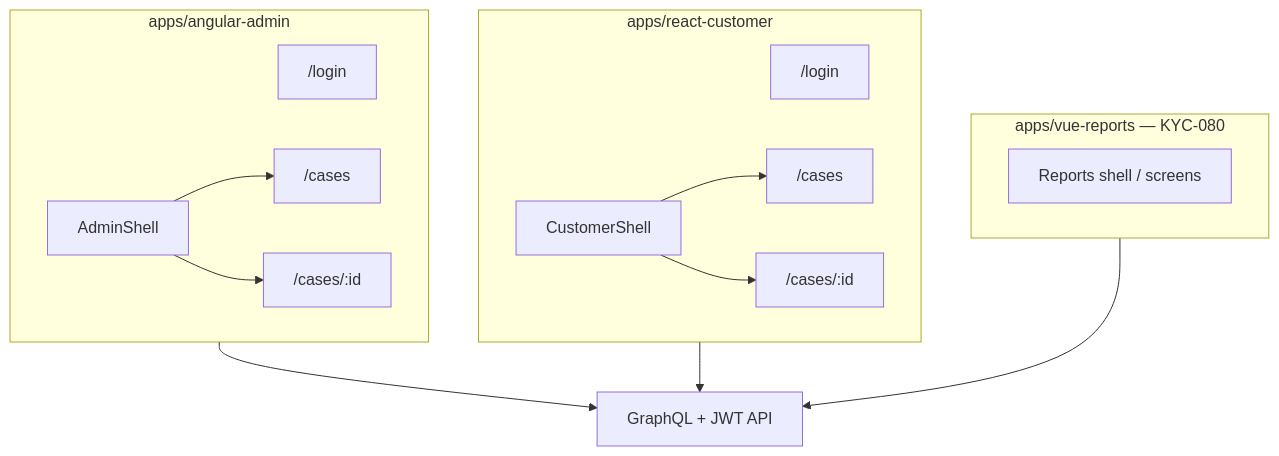
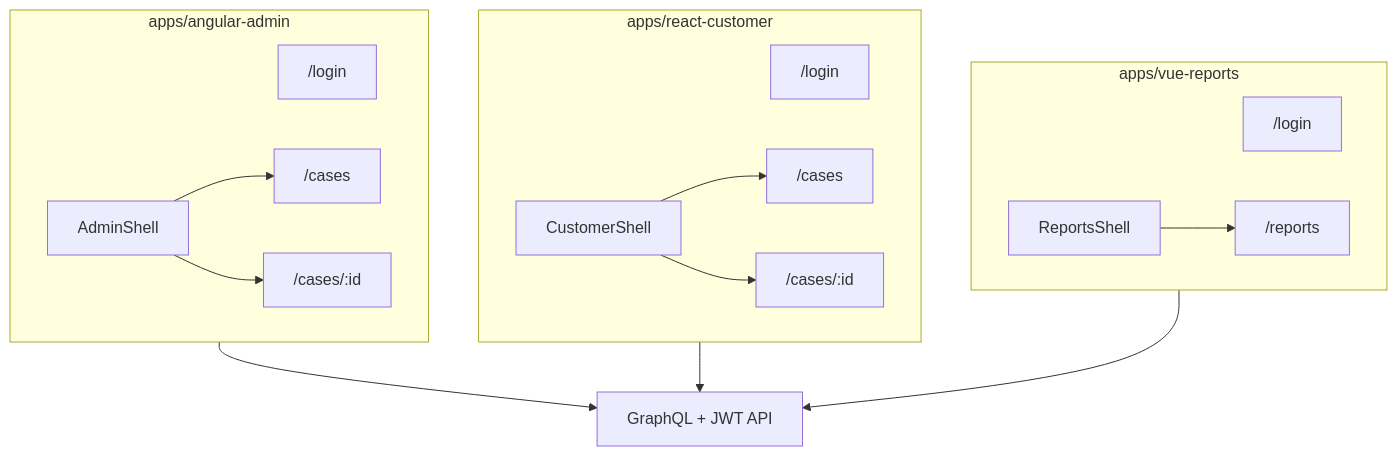
Before and after one commit to SDS37/kyc-multi-frontend: the third of 8 diagrams in docs/architecture.md, drawn with Mermaid. The commit also changed other lines of this file and 56 other files, not shown here.

First line of the commit message:
feat(vue): KYC-080 Vue reports app foundation (#105)

````diff
--- a/docs/architecture.md
+++ b/docs/architecture.md
@@ -80,25 +80,27 @@
 ```mermaid
 flowchart TB
   subgraph Angular["apps/angular-admin"]
     ALogin["/login"]
     AShell["AdminShell"]
     AShell --> ACases["/cases"]
     AShell --> AReview["/cases/:id"]
   end
 
   subgraph React["apps/react-customer"]
     RLogin["/login"]
     RShell["CustomerShell"]
     RShell --> RCases["/cases"]
     RShell --> RDraft["/cases/:id"]
   end
 
-  subgraph Vue["apps/vue-reports — KYC-080"]
-    VShell["Reports shell / screens"]
+  subgraph Vue["apps/vue-reports"]
+    VLogin["/login"]
+    VShell["ReportsShell"]
+    VShell --> VReports["/reports"]
   end
 
   API["GraphQL + JWT API"]
   Angular --> API
   React --> API
   Vue --> API
 ```
````
